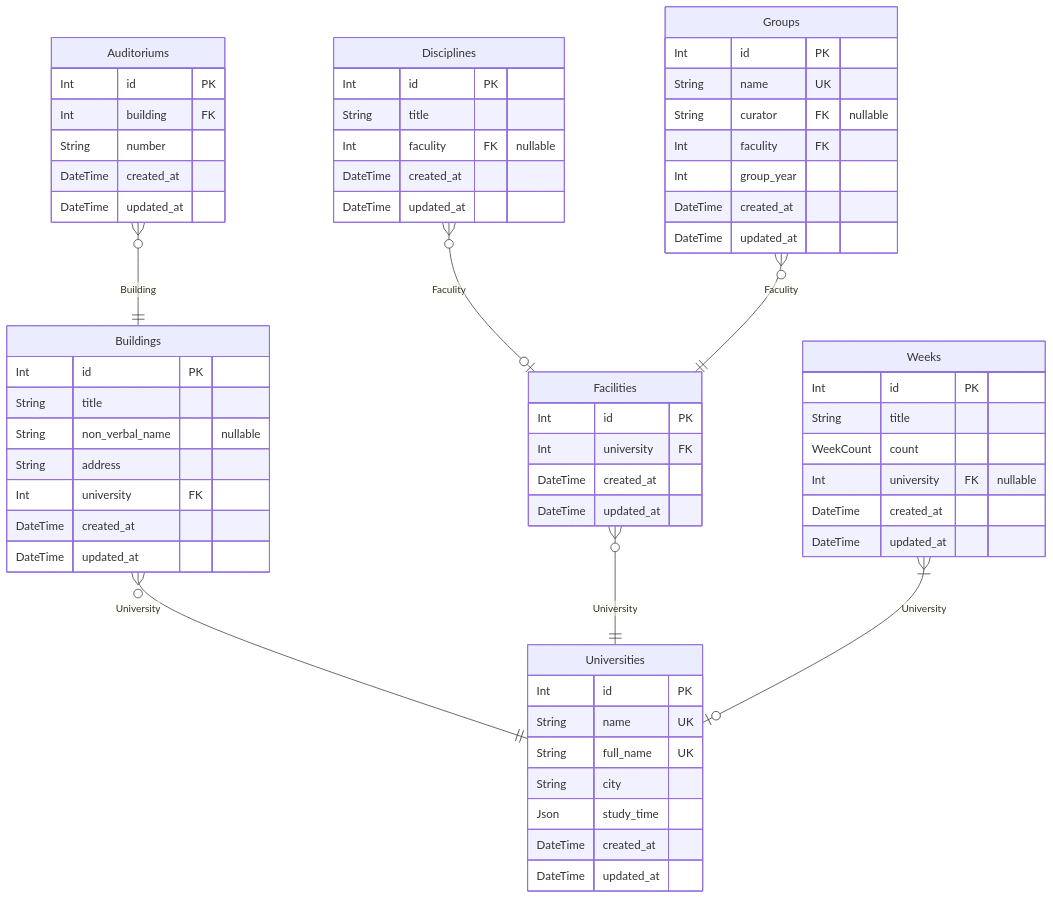
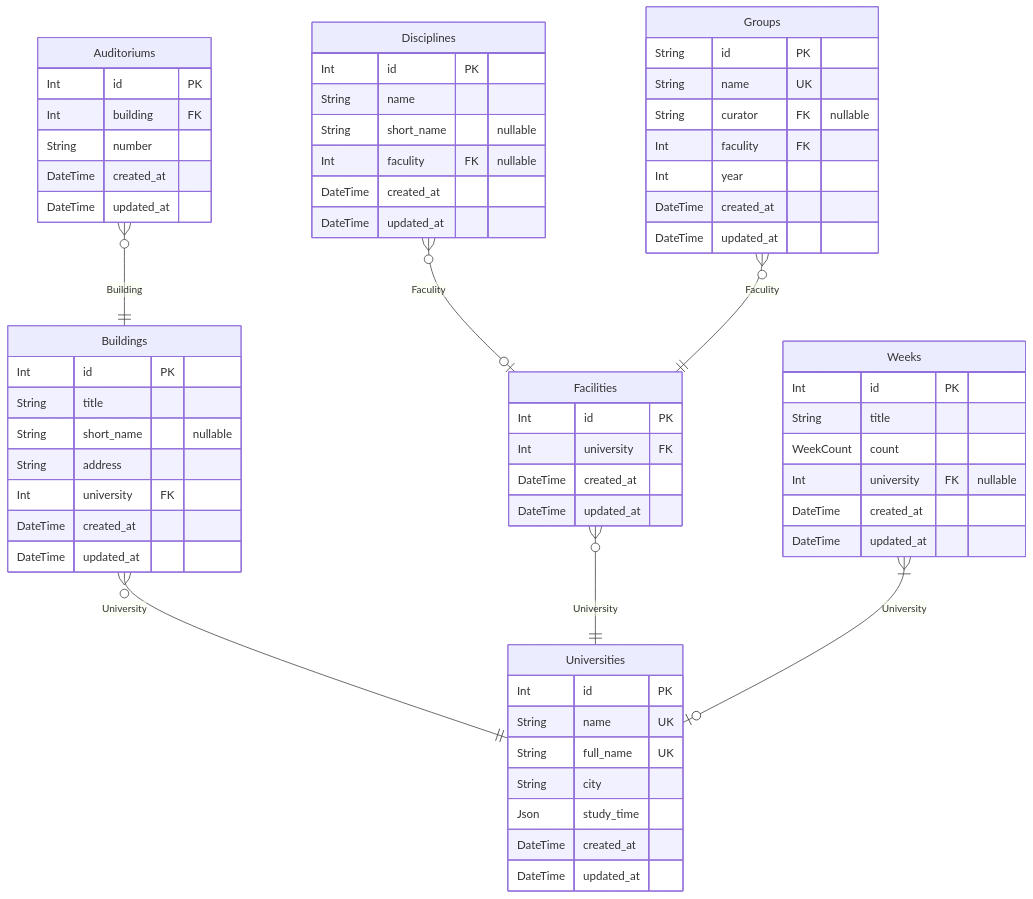
Before and after one commit to NeatDeveloper/Thodle: the first of 3 diagrams in packages/db/prisma/DatabaseSchema.md, drawn with Mermaid. The commit also changed other lines of this file and 21 other files, not shown here.

````diff
--- a/packages/db/prisma/DatabaseSchema.md
+++ b/packages/db/prisma/DatabaseSchema.md
@@ -9,64 +9,65 @@
 ```mermaid
 erDiagram
 "Auditoriums" {
   Int id PK
   Int building FK
   String number
   DateTime created_at
   DateTime updated_at
 }
 "Buildings" {
   Int id PK
   String title
-  String non_verbal_name "nullable"
+  String short_name "nullable"
   String address
   Int university FK
   DateTime created_at
   DateTime updated_at
 }
 "Disciplines" {
   Int id PK
-  String title
+  String name
+  String short_name "nullable"
   Int faculity FK "nullable"
   DateTime created_at
   DateTime updated_at
 }
 "Facilities" {
   Int id PK
   Int university FK
   DateTime created_at
   DateTime updated_at
 }
-"Weeks" {
-  Int id PK
-  String title
-  WeekCount count
-  Int university FK "nullable"
-  DateTime created_at
-  DateTime updated_at
-}
 "Groups" {
-  Int id PK
+  String id PK
   String name UK
   String curator FK "nullable"
   Int faculity FK
-  Int group_year
+  Int year
   DateTime created_at
   DateTime updated_at
 }
 "Universities" {
   Int id PK
   String name UK
   String full_name UK
   String city
   Json study_time
   DateTime created_at
   DateTime updated_at
 }
+"Weeks" {
+  Int id PK
+  String title
+  WeekCount count
+  Int university FK "nullable"
+  DateTime created_at
+  DateTime updated_at
+}
 "Auditoriums" }o--|| "Buildings" : Building
 "Buildings" }o--|| "Universities" : University
 "Disciplines" }o--o| "Facilities" : Faculity
 "Facilities" }o--|| "Universities" : University
+"Groups" }o--|| "Facilities" : Faculity
 "Weeks" }|--o| "Universities" : University
-"Groups" }o--|| "Facilities" : Faculity
 ```
````
